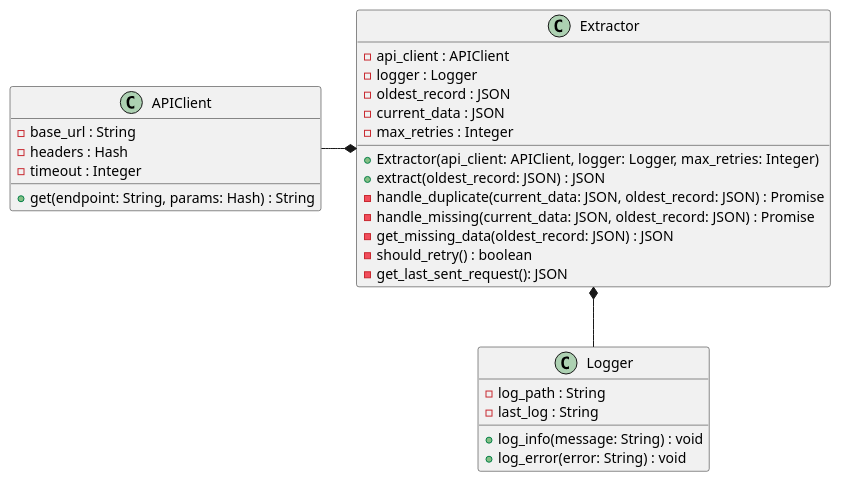
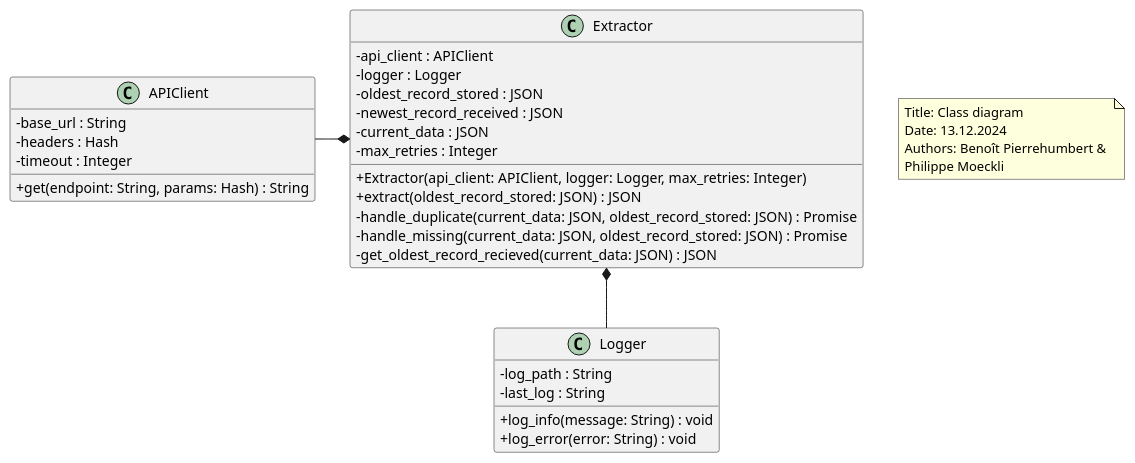
The diagram in docs/class_diagram.puml (CPNV-ES-BI1-SBB/EXTERNAL-SOURCE-EXTRACT), drawn with PlantUML before and after one commit. The commit also changed 3 other files, not shown here.

Commit message:
docs: updated class and sequence diagrams

```diff
--- a/docs/class_diagram.puml
+++ b/docs/class_diagram.puml
@@ -1,34 +1,41 @@
 @startuml
+
+skinparam classAttributeIconSize 0
 class Extractor {
   - api_client : APIClient
   - logger : Logger
-  - oldest_record : JSON
+  - oldest_record_stored : JSON
+  - newest_record_received : JSON
   - current_data : JSON
   - max_retries : Integer
   + Extractor(api_client: APIClient, logger: Logger, max_retries: Integer)
-  + extract(oldest_record: JSON) : JSON
-  - handle_duplicate(current_data: JSON, oldest_record: JSON) : Promise
-  - handle_missing(current_data: JSON, oldest_record: JSON) : Promise
-  - get_missing_data(oldest_record: JSON) : JSON
-  - should_retry() : boolean
-  - get_last_sent_request(): JSON
+  + extract(oldest_record_stored: JSON) : JSON
+  - handle_duplicate(current_data: JSON, oldest_record_stored: JSON) : Promise
+  - handle_missing(current_data: JSON, oldest_record_stored: JSON) : Promise
+  - get_oldest_record_recieved(current_data: JSON) : JSON
 }
 
 class APIClient {
   - base_url : String
   - headers : Hash
   - timeout : Integer
   + get(endpoint: String, params: Hash) : String
 }
 
 class Logger {
   - log_path : String
   - last_log : String
   + log_info(message: String) : void
   + log_error(error: String) : void
 }
 
 Logger -up-*  Extractor
 APIClient -right-*  Extractor
 
+note as N1
+  Title: Class diagram
+  Date: 13.12.2024
+  Authors: Benoît Pierrehumbert & 
+  Philippe Moeckli
+end note
 @enduml
```
